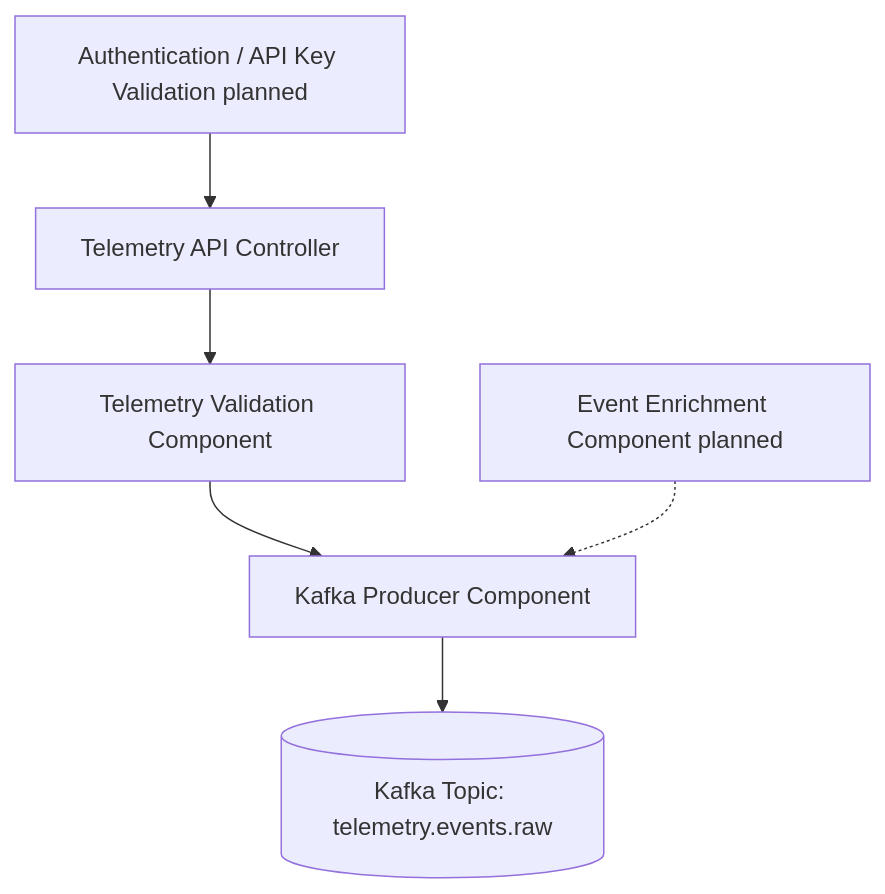
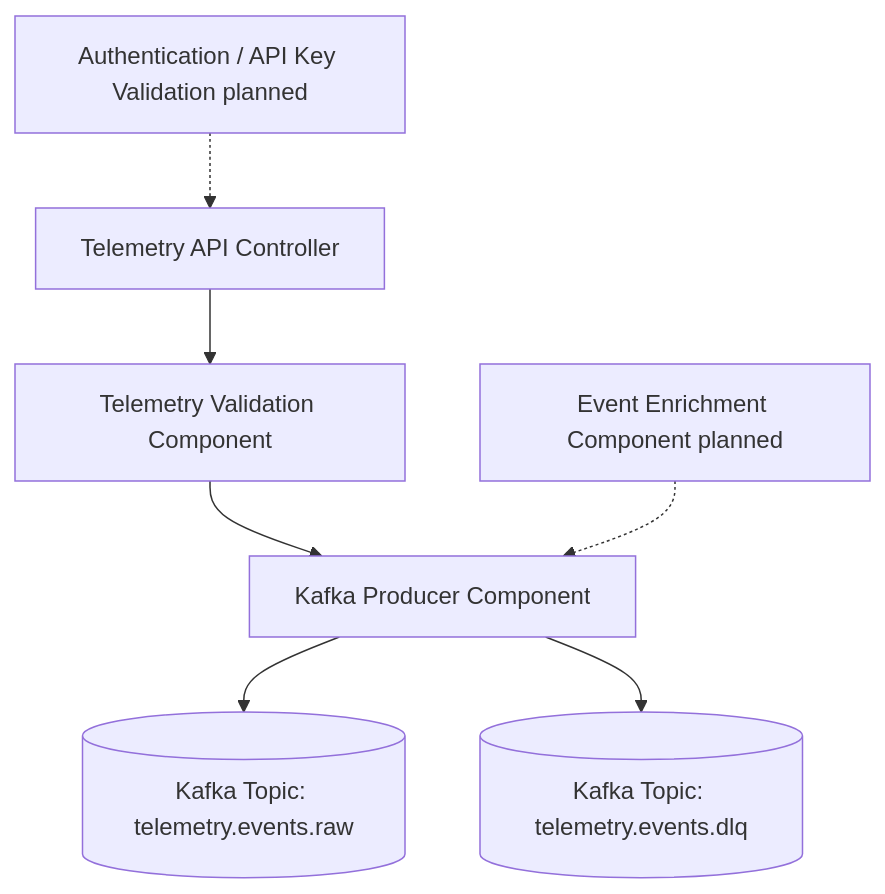
Before and after one commit to ME-Massine/pulsestream: the third of 4 diagrams in docs/architecture/c4-model.md, drawn with Mermaid. The commit also changed other lines of this file and 15 other files, not shown here.

First line of the commit message:
docs: synchronize project state, roadmap, and diagrams (#261)

````diff
--- a/docs/architecture/c4-model.md
+++ b/docs/architecture/c4-model.md
@@ -120,9 +122,11 @@
 ```mermaid
 flowchart TB
     A[Telemetry API Controller] --> B[Telemetry Validation Component]
     B --> D[Kafka Producer Component]
     D --> E[(Kafka Topic: telemetry.events.raw)]
 
+    D --> F[(Kafka Topic: telemetry.events.dlq)]
+
     C[Event Enrichment Component planned] -.-> D
-    F[Authentication / API Key Validation planned] --> A
+    G[Authentication / API Key Validation planned] -.-> A
 ```
````
